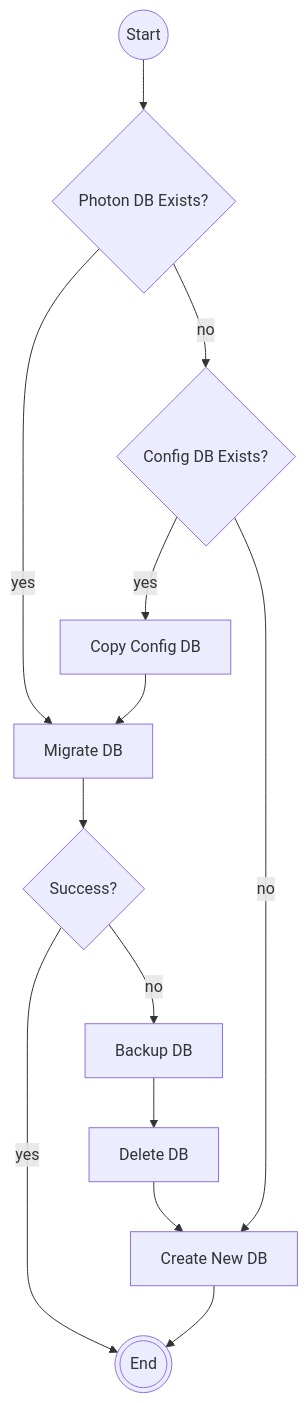
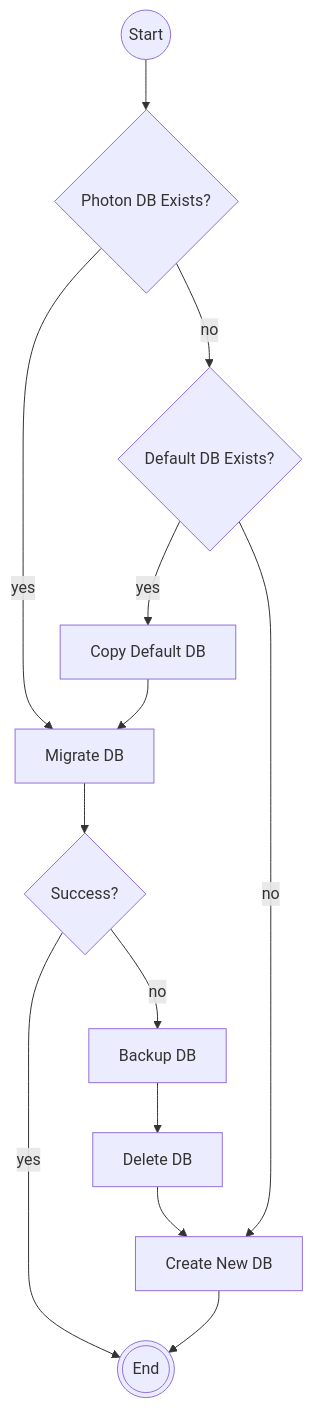
Before and after one commit to PhotonVision/photonvision: the diagram in photon-core/src/main/java/org/photonvision/common/configuration/migrations/migrations.md, drawn with Mermaid. The commit also changed other lines of this file, not shown here.

````diff
--- a/photon-core/src/main/java/org/photonvision/common/configuration/migrations/migrations.md
+++ b/photon-core/src/main/java/org/photonvision/common/configuration/migrations/migrations.md
@@ -34,26 +42,26 @@
 ``` mermaid
 flowchart TB
     start((Start))
     q1{"Photon DB Exists?"}
-    q2{"Config DB Exists?"}
-    copy["Copy Config DB"]
+    q2{"Default DB Exists?"}
+    copy["Copy Default DB"]
     migrate["Migrate DB"]
     success{"Success?"}
     backup["Backup DB"]
     delete["Delete DB"]
     new["Create New DB"]
     stop(((End)))
 
     start-->q1
     q1-- yes -->migrate
     q1--no -->q2
     q2-- yes --> copy
     copy-->migrate
     migrate-->success
     success--yes-->stop
     success--no -->backup
     backup-->delete
     delete-->new
     q2--no -->new
     new-->stop
 ```
````
